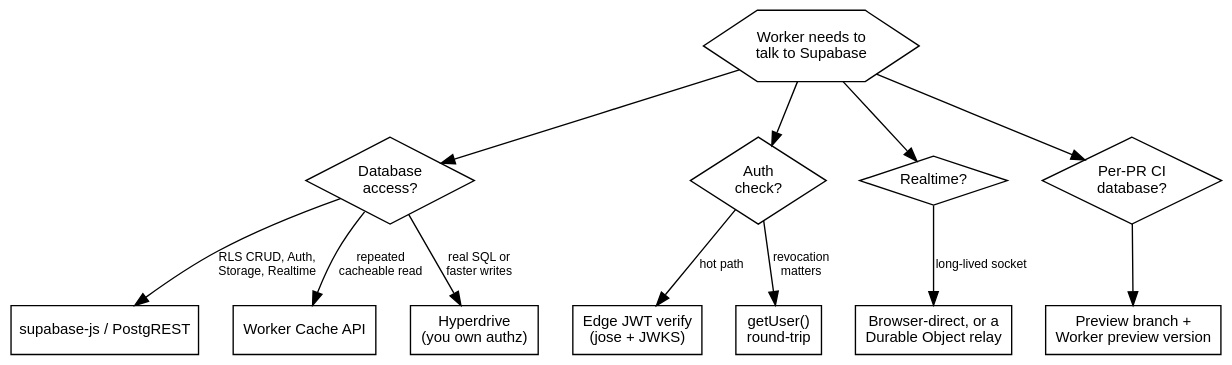
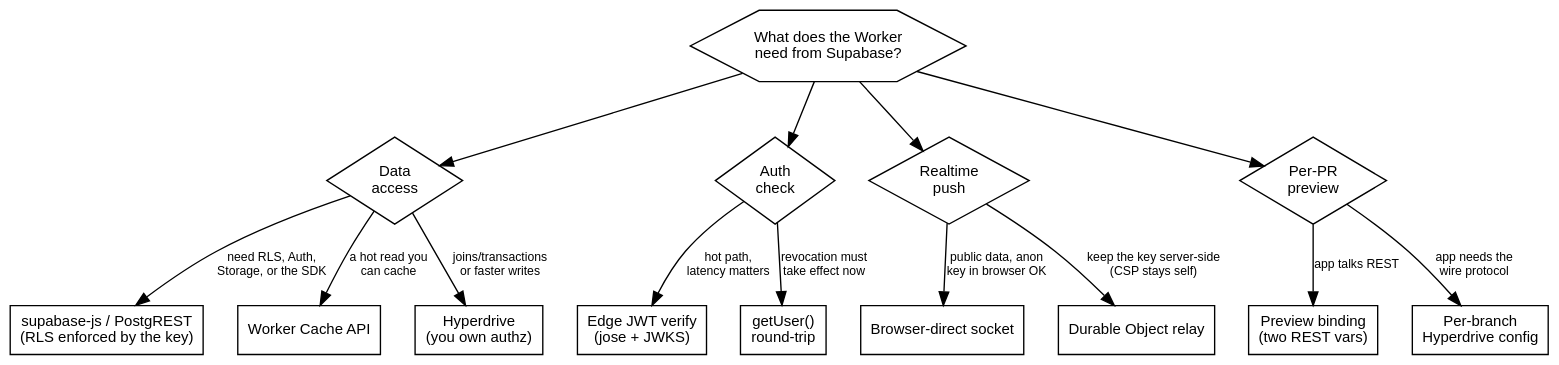
Before and after one commit to erfianugrah/lexicanum: the third of 3 diagrams in src/content/docs/reference/cloudflare-supabase-architecture.mdx, drawn with Graphviz.

Commit message:
reference: rebuild the decision-guide diagram
The old tree had three structural problems: two diamonds (Realtime?, Per-PR CI?)
had a single child, so a decision shape that did not decide; Realtime was listed
both as a data-access answer and as its own node; and the edge labels were
fragments. Rebuilt so every diamond forks on a real condition sentence (Data
access -> REST/Cache/Hyperdrive; Auth -> edge-verify/getUser; Realtime ->
browser-direct/DO-relay; Preview -> REST-binding/per-branch-Hyperdrive), leaves
carry the recommendation, and the tree is balanced with no overlap.

````diff
--- a/src/content/docs/reference/cloudflare-supabase-architecture.mdx
+++ b/src/content/docs/reference/cloudflare-supabase-architecture.mdx
@@ -603,34 +603,44 @@
 ```dot
 digraph {
   rankdir=TB; bgcolor="transparent"; nodesep=0.35; ranksep=0.55;
   fontname="Helvetica,Arial,sans-serif";
   node [fontname="Helvetica,Arial,sans-serif", fontsize=11, shape=box];
   edge [fontname="Helvetica,Arial,sans-serif", fontsize=9];
 
-  root [label="Worker needs to\ntalk to Supabase", shape=hexagon];
-  dq [label="Database\naccess?", shape=diamond];
-  aq [label="Auth\ncheck?", shape=diamond];
-  rq [label="Realtime?", shape=diamond];
-  cq [label="Per-PR CI\ndatabase?", shape=diamond];
+  root [label="What does the Worker\nneed from Supabase?", shape=hexagon];
 
-  root -> dq; root -> aq; root -> rq; root -> cq;
-
-  rest  [label="supabase-js / PostgREST"];
+  // Data access
+  dq [label="Data\naccess", shape=diamond];
+  root -> dq;
+  rest  [label="supabase-js / PostgREST\n(RLS enforced by the key)"];
   cache [label="Worker Cache API"];
   hd    [label="Hyperdrive\n(you own authz)"];
-  dq -> rest  [label="RLS CRUD, Auth,\nStorage, Realtime"];
-  dq -> cache [label="repeated\ncacheable read"];
-  dq -> hd    [label="real SQL or\nfaster writes"];
+  dq -> rest  [label="need RLS, Auth,\nStorage, or the SDK"];
+  dq -> cache [label="a hot read you\ncan cache"];
+  dq -> hd    [label="joins/transactions\nor faster writes"];
 
+  // Auth check
+  aq [label="Auth\ncheck", shape=diamond];
+  root -> aq;
   verify  [label="Edge JWT verify\n(jose + JWKS)"];
   getuser [label="getUser()\nround-trip"];
-  aq -> verify  [label="hot path"];
-  aq -> getuser [label="revocation\nmatters"];
+  aq -> verify  [label="hot path,\nlatency matters"];
+  aq -> getuser [label="revocation must\ntake effect now"];
 
-  direct [label="Browser-direct, or a\nDurable Object relay"];
-  rq -> direct [label="long-lived socket"];
+  // Realtime push
+  rq [label="Realtime\npush", shape=diamond];
+  root -> rq;
+  browser [label="Browser-direct socket"];
+  relay   [label="Durable Object relay"];
+  rq -> browser [label="public data, anon\nkey in browser OK"];
+  rq -> relay   [label="keep the key server-side\n(CSP stays self)"];
 
-  branch [label="Preview branch +\nWorker preview version"];
-  cq -> branch;
+  // Per-PR preview
+  cq [label="Per-PR\npreview", shape=diamond];
+  root -> cq;
+  bind  [label="Preview binding\n(two REST vars)"];
+  hdcfg [label="Per-branch\nHyperdrive config"];
+  cq -> bind  [label="app talks REST"];
+  cq -> hdcfg [label="app needs the\nwire protocol"];
 }
 ```
````
